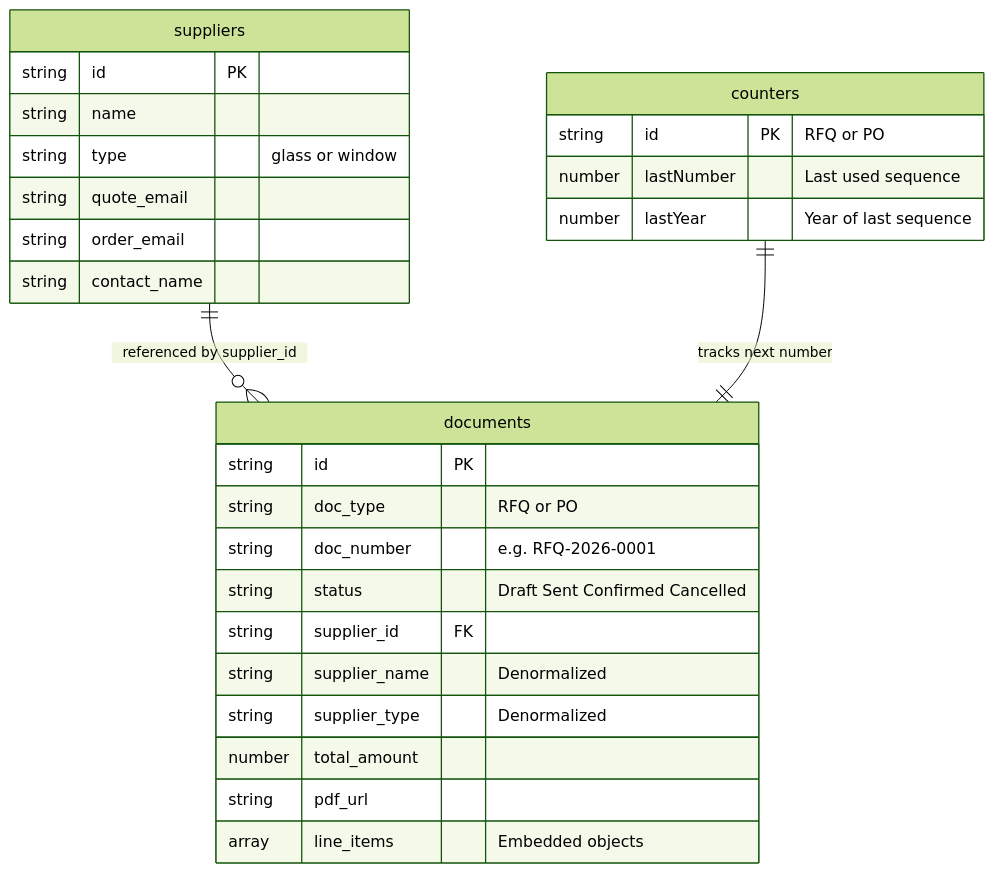
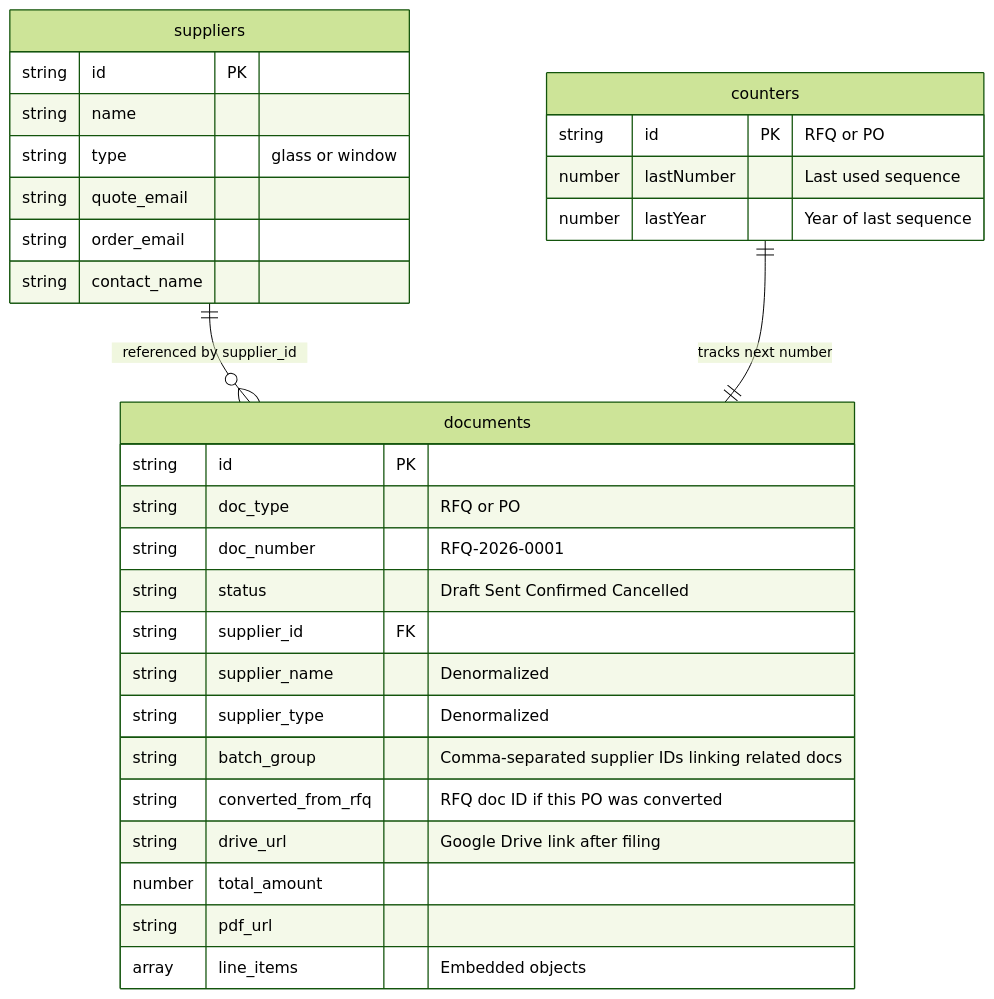
One commit to Skippy-code-604/westernwindows-ca changed the second of 7 diagrams in ww_portal_enterprise_docs.md. Above: the diagram before and after it, drawn with Mermaid (forest theme). The commit also changed other lines of this file and 2 other files, not shown here.

Commit message:
fix: B5 convertToPO double json parse + update roadmap

````diff
--- a/ww_portal_enterprise_docs.md
+++ b/ww_portal_enterprise_docs.md
@@ -250,33 +261,36 @@
 ```mermaid
 erDiagram
     suppliers ||--o{ documents : "referenced by supplier_id"
     counters ||--|| documents : "tracks next number"
 
     suppliers {
         string id PK
         string name
         string type "glass or window"
         string quote_email
         string order_email
         string contact_name
     }
 
     documents {
         string id PK
         string doc_type "RFQ or PO"
-        string doc_number "e.g. RFQ-2026-0001"
+        string doc_number "RFQ-2026-0001"
         string status "Draft Sent Confirmed Cancelled"
         string supplier_id FK
         string supplier_name "Denormalized"
         string supplier_type "Denormalized"
+        string batch_group "Comma-separated supplier IDs linking related docs"
+        string converted_from_rfq "RFQ doc ID if this PO was converted"
+        string drive_url "Google Drive link after filing"
         number total_amount
         string pdf_url
         array line_items "Embedded objects"
     }
 
     counters {
         string id PK "RFQ or PO"
         number lastNumber "Last used sequence"
         number lastYear "Year of last sequence"
     }
 ```
````
